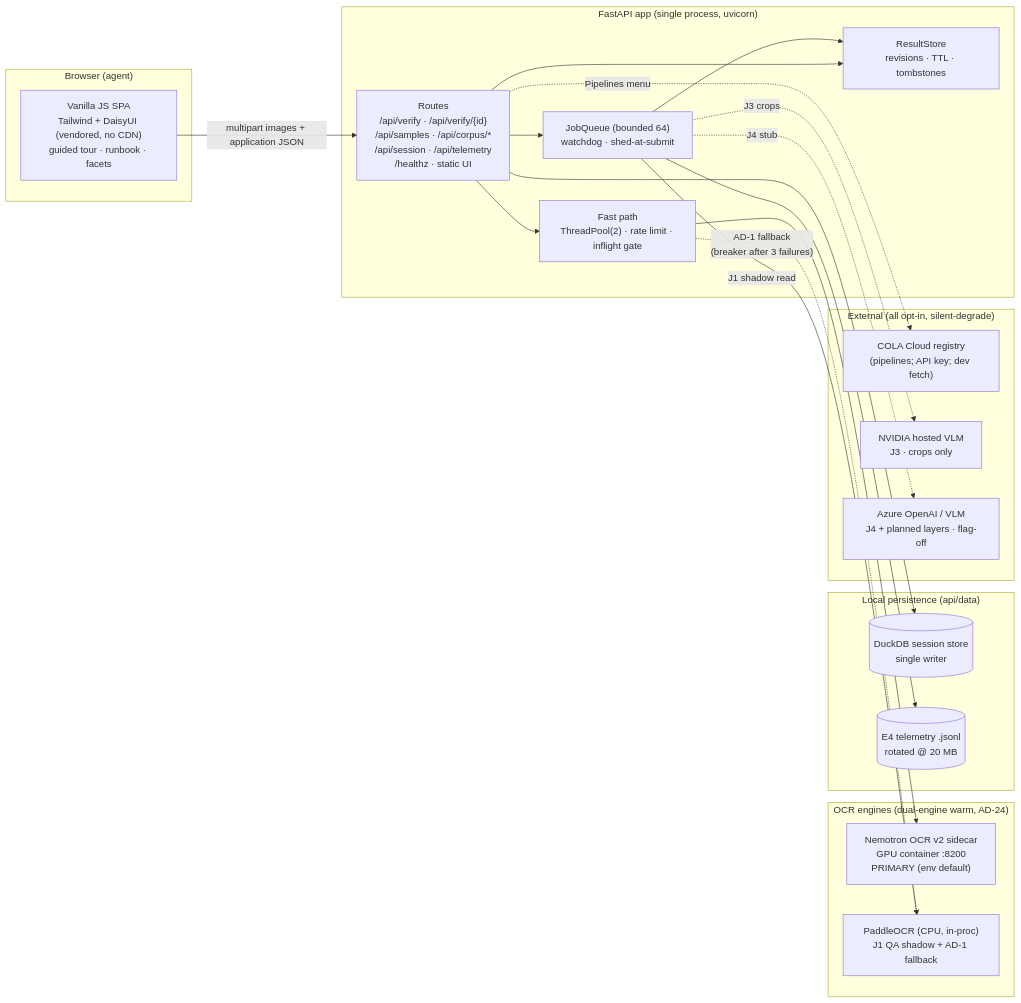
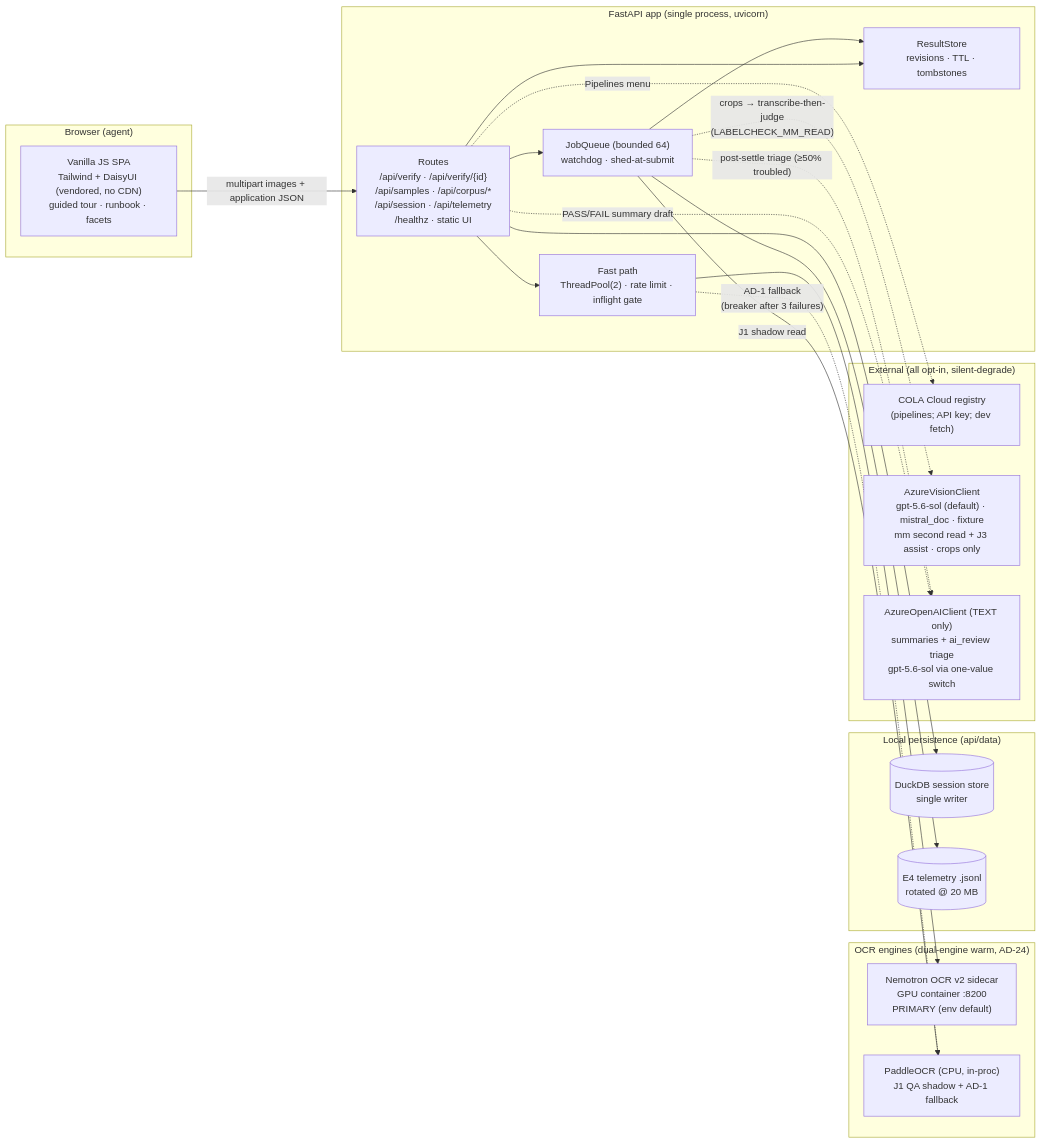
Before and after one commit to niccolox/ttb-take-hown: the first of 3 diagrams in docs/architecture.md, drawn with Mermaid. The commit also changed other lines of this file, not shown here.

First line of the commit message:
Architecture doc: Sol vision layer, mm second read, text-reasoning tier

````diff
--- a/docs/architecture.md
+++ b/docs/architecture.md
@@ -17,41 +25,42 @@
 ```mermaid
 flowchart LR
     subgraph Client["Browser (agent)"]
         UI["Vanilla JS SPA<br/>Tailwind + DaisyUI (vendored, no CDN)<br/>guided tour · runbook · facets"]
     end
 
     subgraph App["FastAPI app (single process, uvicorn)"]
         API["Routes<br/>/api/verify · /api/verify/{id}<br/>/api/samples · /api/corpus/*<br/>/api/session · /api/telemetry<br/>/healthz · static UI"]
         FAST["Fast path<br/>ThreadPool(2) · rate limit · inflight gate"]
         JOBQ["JobQueue (bounded 64)<br/>watchdog · shed-at-submit"]
         STORE["ResultStore<br/>revisions · TTL · tombstones"]
     end
 
     subgraph Engines["OCR engines (dual-engine warm, AD-24)"]
         NEMO["Nemotron OCR v2 sidecar<br/>GPU container :8200<br/>PRIMARY (env default)"]
         PADDLE["PaddleOCR (CPU, in-proc)<br/>J1 QA shadow + AD-1 fallback"]
     end
 
     subgraph Persist["Local persistence (api/data)"]
         DUCK[("DuckDB session store<br/>single writer")]
         E4[("E4 telemetry .jsonl<br/>rotated @ 20 MB")]
     end
 
     subgraph External["External (all opt-in, silent-degrade)"]
         COLA["COLA Cloud registry<br/>(pipelines; API key; dev fetch)"]
-        NVLM["NVIDIA hosted VLM<br/>J3 · crops only"]
-        AOAI["Azure OpenAI / VLM<br/>J4 + planned layers · flag-off"]
+        VISION["AzureVisionClient<br/>gpt-5.6-sol (default) · mistral_doc · fixture<br/>mm second read + J3 assist · crops only"]
+        AOAI["AzureOpenAIClient (TEXT only)<br/>summaries + ai_review triage<br/>gpt-5.6-sol via one-value switch"]
     end
 
     UI -->|multipart images + application JSON| API
     API --> FAST --> NEMO
     FAST -.->|"AD-1 fallback<br/>(breaker after 3 failures)"| PADDLE
     JOBQ -->|J1 shadow read| PADDLE
     API --> JOBQ --> STORE
     API --> STORE
     API --> DUCK
     JOBQ --> E4
     API -.->|Pipelines menu| COLA
-    JOBQ -.->|J3 crops| NVLM
-    JOBQ -.->|J4 stub| AOAI
+    JOBQ -.->|"crops → transcribe-then-judge<br/>(LABELCHECK_MM_READ)"| VISION
+    JOBQ -.->|"post-settle triage (≥50% troubled)"| AOAI
+    API -.->|"PASS/FAIL summary draft"| AOAI
 ```
````
